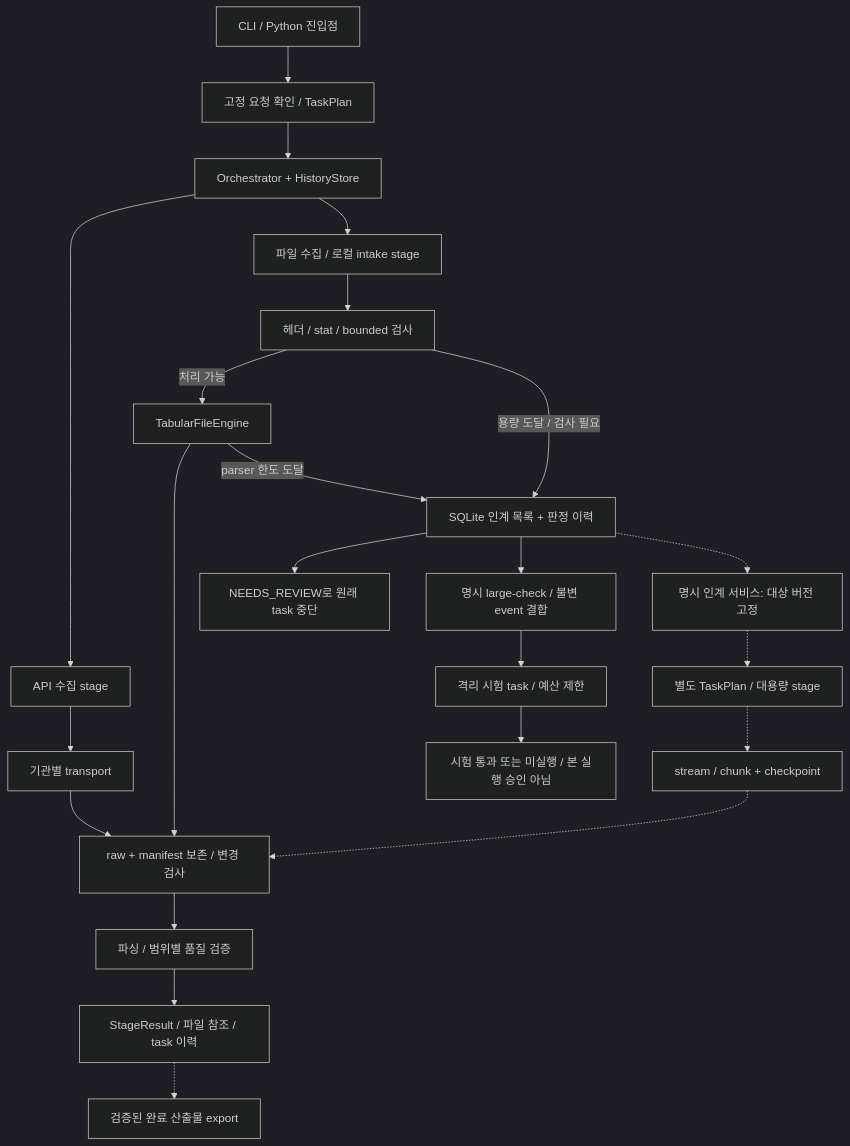
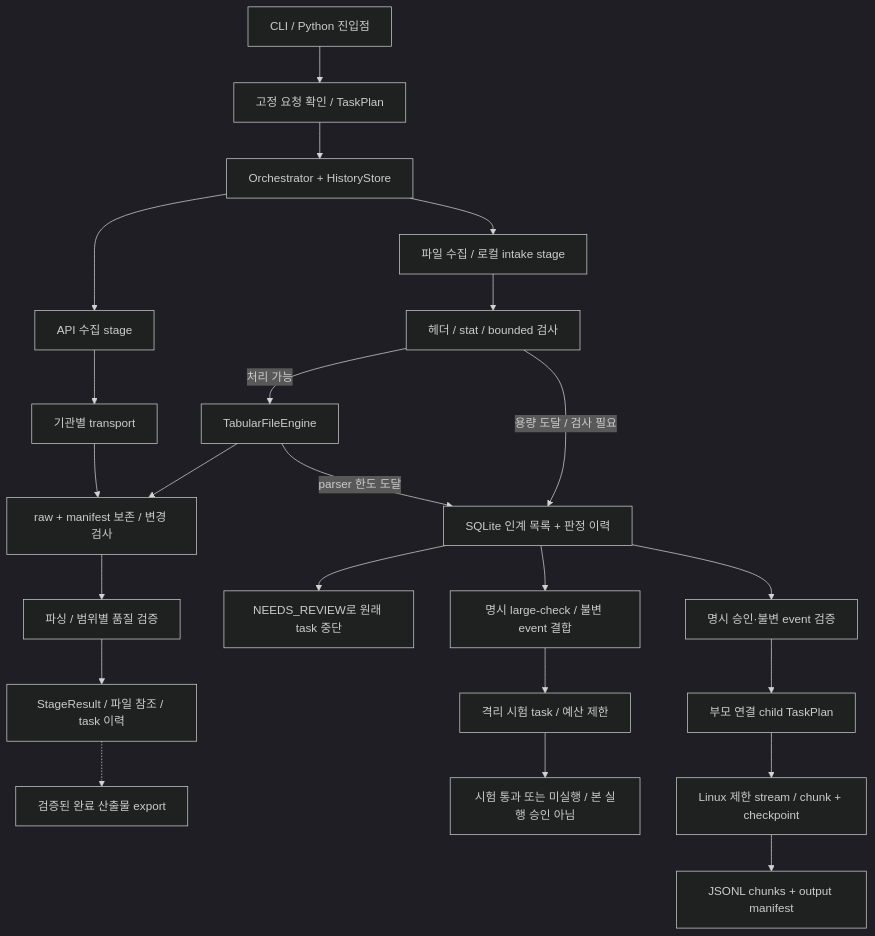
One commit to jaeu983-lang/MacroAtlas changed the diagram in docs/ENGINE_CONNECTIONS.md. Above: the diagram before and after it, drawn with Mermaid (dark theme). The commit also changed other lines of this file and 17 other files, not shown here.

````diff
--- a/docs/ENGINE_CONNECTIONS.md
+++ b/docs/ENGINE_CONNECTIONS.md
@@ -8,25 +8,25 @@
 ```mermaid
 flowchart TD
     CLI[CLI / Python 진입점] --> PLAN[고정 요청 확인 / TaskPlan]
     PLAN --> RUN[Orchestrator + HistoryStore]
     RUN --> API[API 수집 stage]
     RUN --> FILE[파일 수집 / 로컬 intake stage]
     API --> HTTP[기관별 transport]
     HTTP --> RAW[raw + manifest 보존 / 변경 검사]
     RAW --> VALID[파싱 / 범위별 품질 검증]
     FILE --> SIZE[헤더 / stat / bounded 검사]
     SIZE -->|처리 가능| SMALL[TabularFileEngine]
     SMALL --> RAW
     SIZE -->|용량 도달 / 검사 필요| DEFER[SQLite 인계 목록 + 판정 이력]
     SMALL -->|parser 한도 도달| DEFER
     VALID --> RESULT[StageResult / 파일 참조 / task 이력]
     DEFER --> STOP[NEEDS_REVIEW로 원래 task 중단]
     DEFER --> TRIAL[명시 large-check / 불변 event 결합]
     TRIAL --> QUAL[격리 시험 task / 예산 제한]
     QUAL --> PROOF[시험 통과 또는 미실행 / 본 실행 승인 아님]
-    DEFER -.-> HANDOFF[명시 인계 서비스: 대상 버전 고정]
-    HANDOFF -.-> CHILD[별도 TaskPlan / 대용량 stage]
-    CHILD -.-> LARGE[stream / chunk + checkpoint]
-    LARGE -.-> RAW
+    DEFER --> HANDOFF[명시 승인·불변 event 검증]
+    HANDOFF --> CHILD[부모 연결 child TaskPlan]
+    CHILD --> LARGE[Linux 제한 stream / chunk + checkpoint]
+    LARGE --> ARTIFACT[JSONL chunks + output manifest]
     RESULT -.-> EXPORT[검증된 완료 산출물 export]
 ```
````
